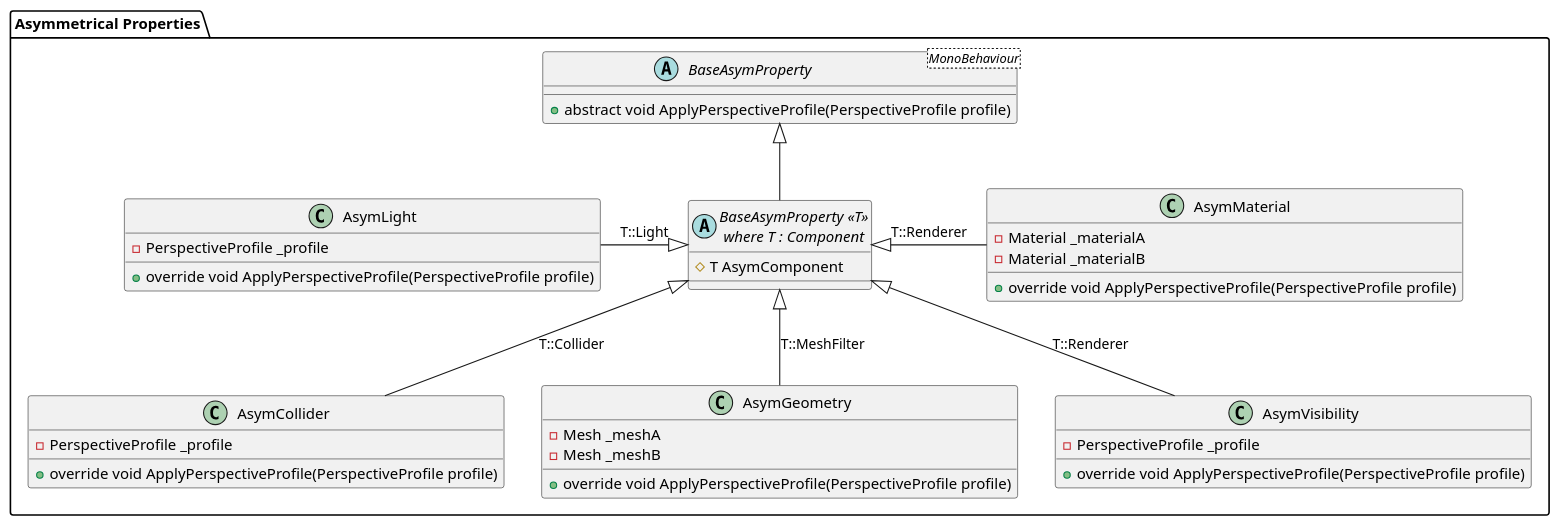
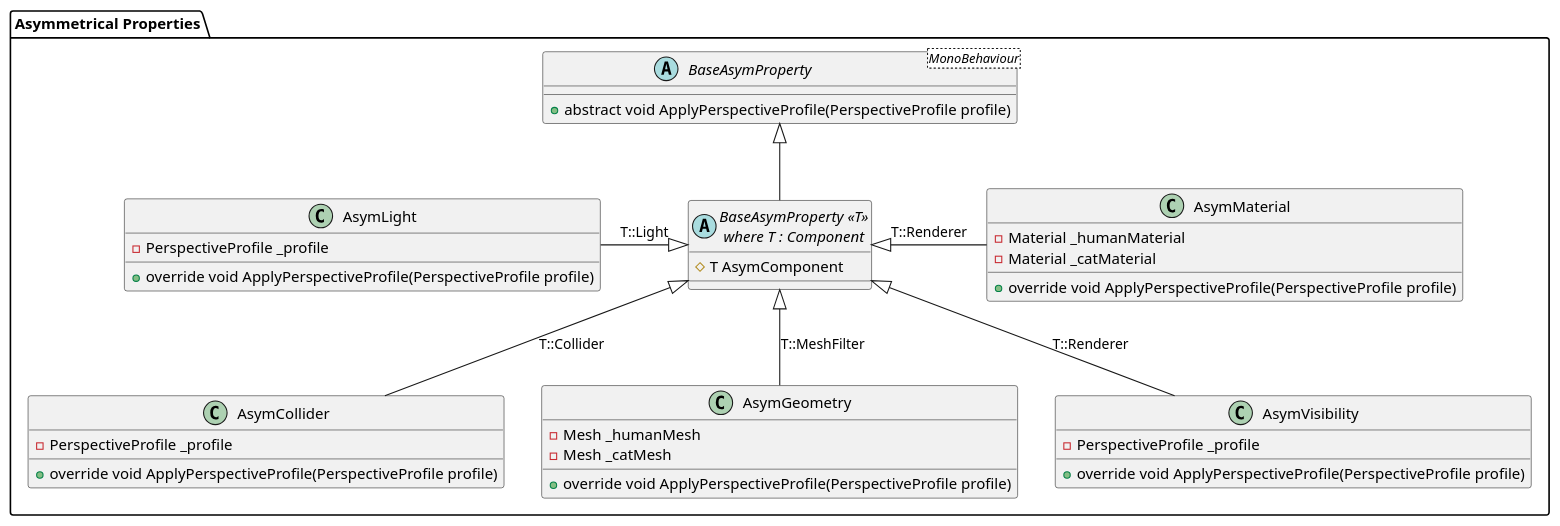
The diagram in Diagrams/Asymmetrical Perspective POC/AsymmetricalPropertyCD.puml (Bachelor-Parallax/Parallax), drawn with PlantUML before and after one commit. The commit also changed 7 other files, not shown here.

```diff
--- a/Diagrams/Asymmetrical Perspective POC/AsymmetricalPropertyCD.puml
+++ b/Diagrams/Asymmetrical Perspective POC/AsymmetricalPropertyCD.puml
@@ -1,57 +1,57 @@
 @startuml asymmetrical property CD
 package "Asymmetrical Properties" {
     ' Base class for all asymmetrical properties
     abstract class "BaseAsymProperty<MonoBehaviour>" as base
     {
         + abstract void ApplyPerspectiveProfile(PerspectiveProfile profile)
     }
 
     abstract class "BaseAsymProperty <<T>>\nwhere T : Component" as baseT
     {
         # T AsymComponent
     }
 
 
     ' concrete implementations of asymmetrical properties
     class AsymCollider
     {
         - PerspectiveProfile _profile
         + override void ApplyPerspectiveProfile(PerspectiveProfile profile)
     }
 
     class AsymGeometry 
     {
-        - Mesh _meshA
-        - Mesh _meshB
+        - Mesh _humanMesh
+        - Mesh _catMesh
         + override void ApplyPerspectiveProfile(PerspectiveProfile profile)
     }
 
     class AsymVisibility
     {
         - PerspectiveProfile _profile
         + override void ApplyPerspectiveProfile(PerspectiveProfile profile)
     }
 
     class AsymMaterial
     {
-        - Material _materialA
-        - Material _materialB
+        - Material _humanMaterial
+        - Material _catMaterial
         + override void ApplyPerspectiveProfile(PerspectiveProfile profile)
     }
 
     class AsymLight
     {
         - PerspectiveProfile _profile
         + override void ApplyPerspectiveProfile(PerspectiveProfile profile)
     }
 
     ' relationships
     base <|-- baseT
 
     baseT <|-- AsymCollider: T::Collider
     baseT <|-- AsymGeometry: T::MeshFilter
     baseT <|- AsymMaterial: T::Renderer
     baseT <|-- AsymVisibility: T::Renderer
     AsymLight -|> baseT: T::Light
 }
 @enduml
```
